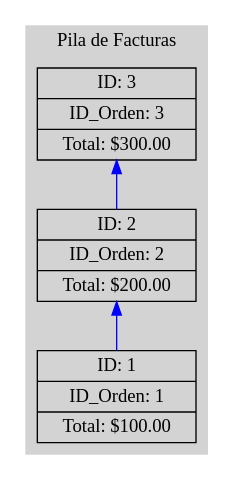
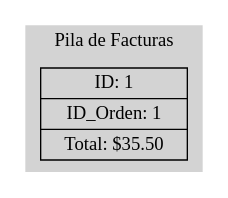
Before and after one commit to eric-rojas/-EDD-1S2025_202200331: the diagram in AutoGestPro/Reports/pilaFacturas.dot, drawn with Graphviz. The commit also changed 28 other files, not shown here.

```diff
--- a/AutoGestPro/Reports/pilaFacturas.dot
+++ b/AutoGestPro/Reports/pilaFacturas.dot
@@ -1,14 +1,10 @@
 digraph G {
     rankdir=TB;
     node [shape=record];
     subgraph cluster_0 {
         label = "Pila de Facturas";
         style=filled;
         color=lightgrey;
-        node3 [label="{ID: 3 | ID_Orden: 3 | Total: $300.00}"];
-        node2 [label="{ID: 2 | ID_Orden: 2 | Total: $200.00}"];
-        node1 [label="{ID: 1 | ID_Orden: 1 | Total: $100.00}"];
-        node3 -> node2 [dir=back, color="blue"];
-        node2 -> node1 [dir=back, color="blue"];
+        node1 [label="{ID: 1 | ID_Orden: 1 | Total: $35.50}"];
     }
 }
```
